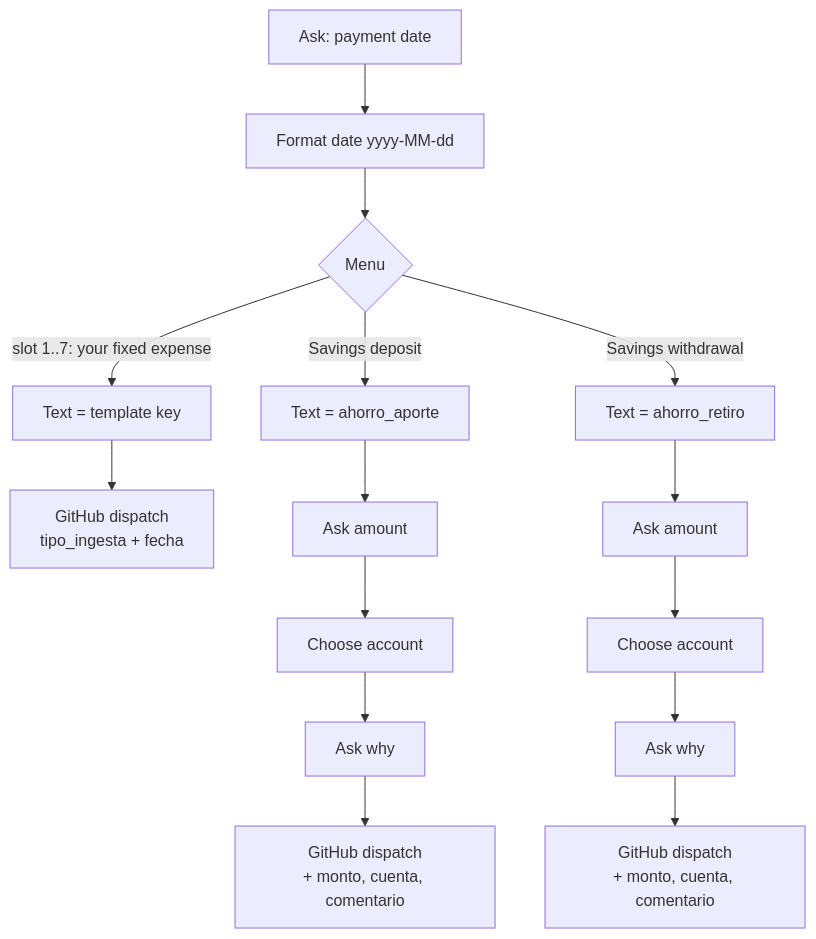
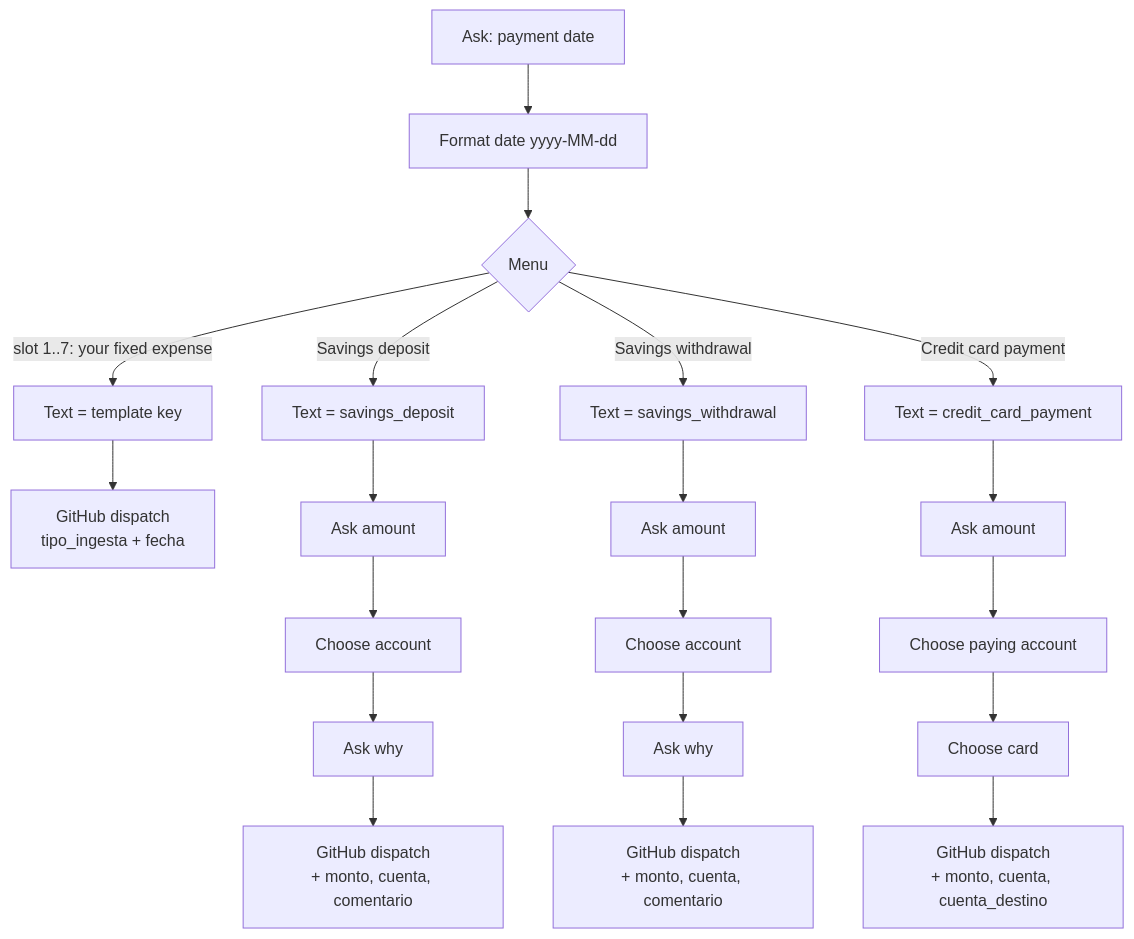
Before and after one commit to diegocalle10-droid/personal-finance-system: the first of 3 diagrams in docs/SHORTCUTS.md, drawn with Mermaid. The commit also changed other lines of this file and 28 other files, not shown here.

First line of the commit message:
English-only repo, credit-card option, editable .shortcut sources

````diff
--- a/docs/SHORTCUTS.md
+++ b/docs/SHORTCUTS.md
@@ -46,9 +46,10 @@
 ```mermaid
 flowchart TD
     A[Ask: payment date] --> B[Format date yyyy-MM-dd]
     B --> C{Menu}
     C -->|slot 1..7: your fixed expense| D[Text = template key]
     D --> E[GitHub dispatch<br/>tipo_ingesta + fecha]
-    C -->|Savings deposit| F[Text = ahorro_aporte] --> G[Ask amount] --> H[Choose account] --> I[Ask why] --> J[GitHub dispatch<br/>+ monto, cuenta, comentario]
-    C -->|Savings withdrawal| K[Text = ahorro_retiro] --> L[Ask amount] --> M[Choose account] --> N[Ask why] --> O[GitHub dispatch<br/>+ monto, cuenta, comentario]
+    C -->|Savings deposit| F[Text = savings_deposit] --> G[Ask amount] --> H[Choose account] --> I[Ask why] --> J[GitHub dispatch<br/>+ monto, cuenta, comentario]
+    C -->|Savings withdrawal| K[Text = savings_withdrawal] --> L[Ask amount] --> M[Choose account] --> N[Ask why] --> O[GitHub dispatch<br/>+ monto, cuenta, comentario]
+    C -->|Credit card payment| P[Text = credit_card_payment] --> Q[Ask amount] --> R[Choose paying account] --> S[Choose card] --> T[GitHub dispatch<br/>+ monto, cuenta, cuenta_destino]
 ```
````
